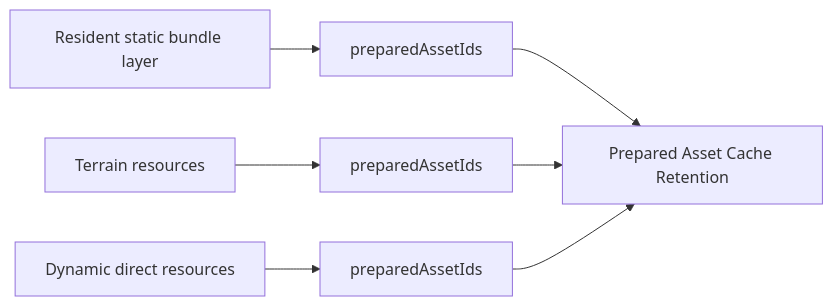
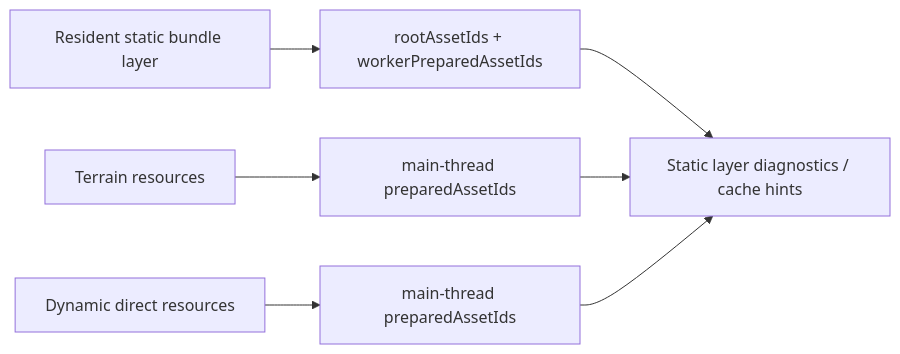
The ninth of 9 diagrams in docs/plans/holtburger-3d-static-landblock-render-bundle-replacement-plan.md (merklejerk/holtburger), drawn with Mermaid before and after one commit. The commit also changed other lines of this file and 4 other files, not shown here.

````diff
--- a/docs/plans/holtburger-3d-static-landblock-render-bundle-replacement-plan.md
+++ b/docs/plans/holtburger-3d-static-landblock-render-bundle-replacement-plan.md
@@ -529,9 +671,9 @@
 ```mermaid
 flowchart LR
-    A[Resident static bundle layer] --> B[preparedAssetIds]
-    C[Terrain resources] --> D[preparedAssetIds]
-    E[Dynamic direct resources] --> F[preparedAssetIds]
-    B --> G[Prepared Asset Cache Retention]
+    A[Resident static bundle layer] --> B[rootAssetIds + workerPreparedAssetIds]
+    C[Terrain resources] --> D[main-thread preparedAssetIds]
+    E[Dynamic direct resources] --> F[main-thread preparedAssetIds]
+    B --> G[Static layer diagnostics / cache hints]
     D --> G
     F --> G
 ```
````
